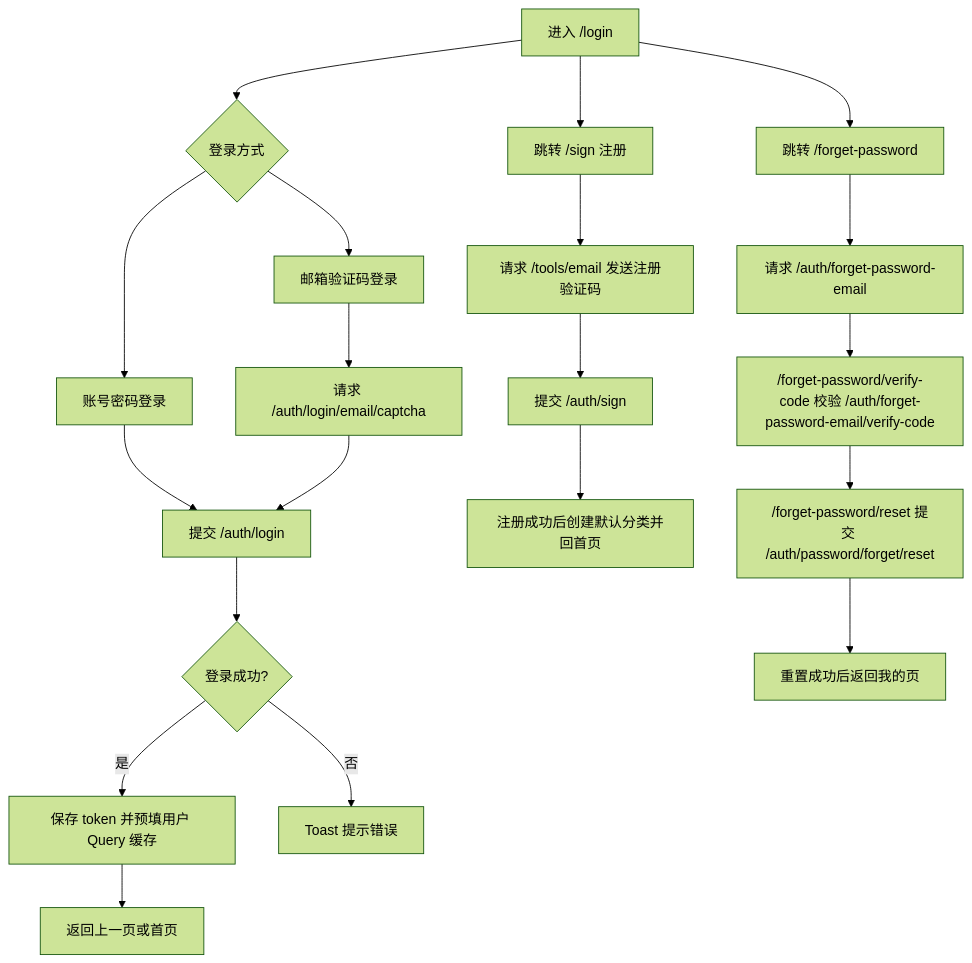
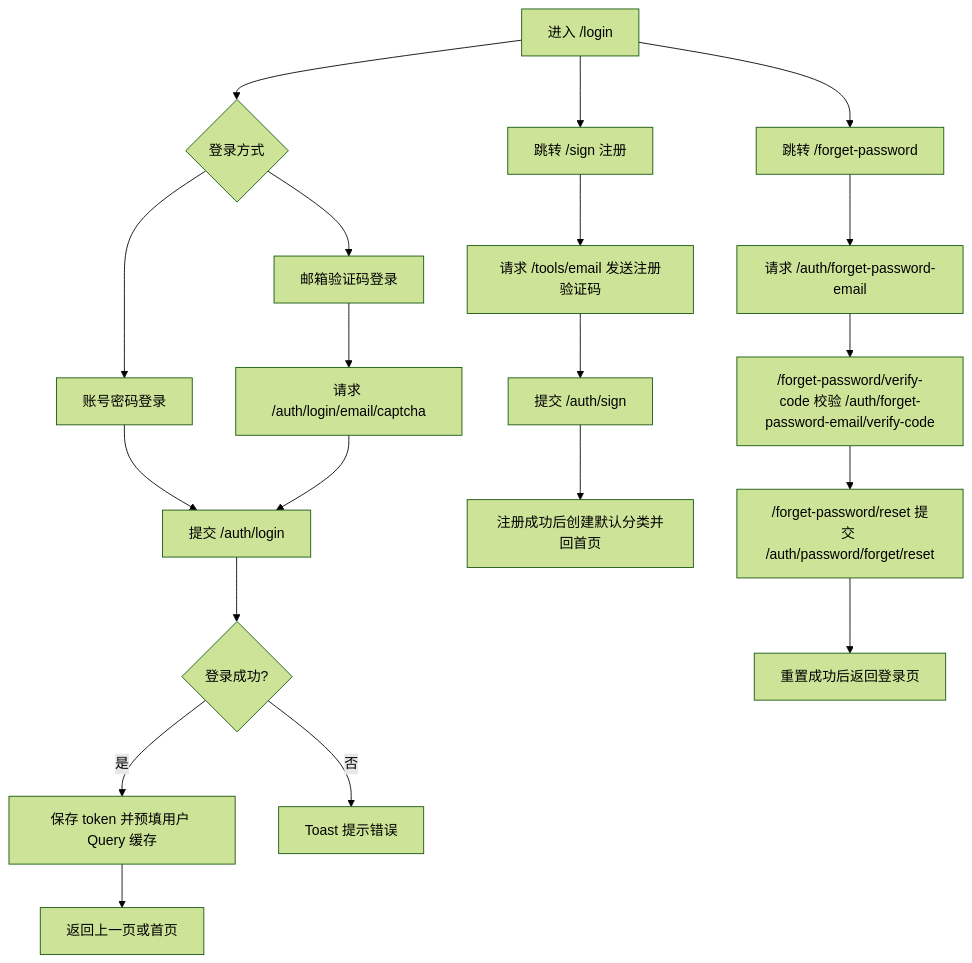
The second of 12 diagrams in docs/flowcharts/feature-flows.md (whale-wave/ww-bill-client), drawn with Mermaid (forest theme) before and after one commit. The commit also changed other lines of this file and 2 other files, not shown here.

Commit message:
fix(auth): show password recovery verification errors

````diff
--- a/docs/flowcharts/feature-flows.md
+++ b/docs/flowcharts/feature-flows.md
@@ -70,24 +70,24 @@
 ```mermaid
 flowchart TD
   Entry["进入 /login"] --> Mode{"登录方式"}
   Mode --> PasswordLogin["账号密码登录"]
   Mode --> EmailLogin["邮箱验证码登录"]
   EmailLogin --> SendLoginEmail["请求 /auth/login/email/captcha"]
   PasswordLogin --> SubmitLogin["提交 /auth/login"]
   SendLoginEmail --> SubmitLogin
   SubmitLogin --> LoginOk{"登录成功?"}
   LoginOk -->|是| StoreToken["保存 token 并预填用户 Query 缓存"]
   StoreToken --> Back["返回上一页或首页"]
   LoginOk -->|否| ShowError["Toast 提示错误"]
 
   Entry --> Sign["跳转 /sign 注册"]
   Sign --> SendEmail["请求 /tools/email 发送注册验证码"]
   SendEmail --> SubmitSign["提交 /auth/sign"]
   SubmitSign --> SignOk["注册成功后创建默认分类并回首页"]
 
   Entry --> Forget["跳转 /forget-password"]
   Forget --> SendForgetEmail["请求 /auth/forget-password-email"]
   SendForgetEmail --> VerifyCode["/forget-password/verify-code 校验 /auth/forget-password-email/verify-code"]
   VerifyCode --> Reset["/forget-password/reset 提交 /auth/password/forget/reset"]
-  Reset --> Done["重置成功后返回我的页"]
+  Reset --> Done["重置成功后返回登录页"]
 ```
````
